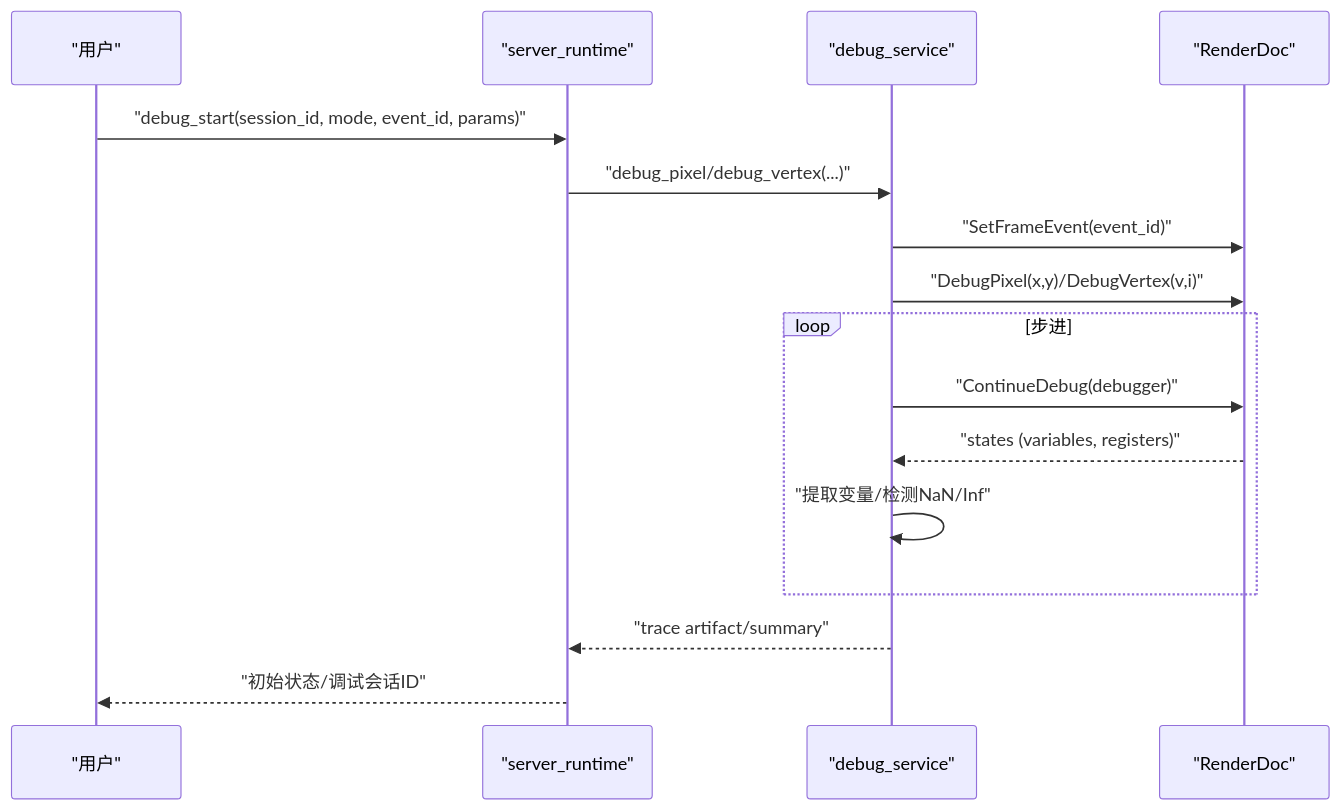
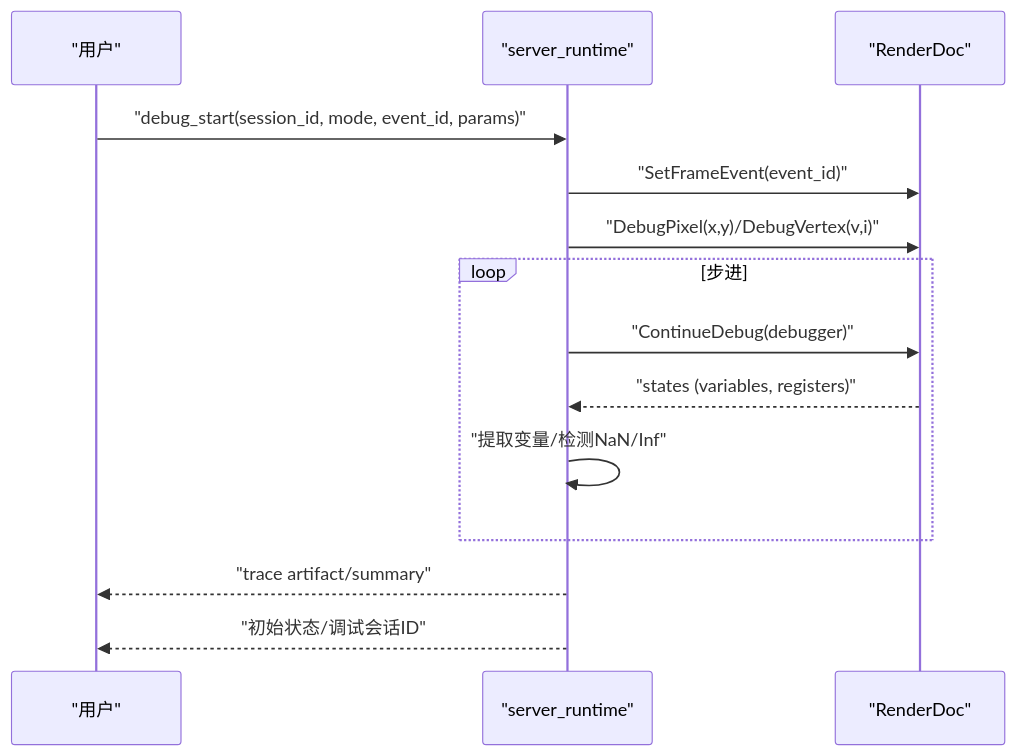
Before and after one commit to haolange/RDC-Tool: the sixth of 8 diagrams in .qoder/repowiki/zh/content/CLI参考手册/着色器调试命令.md, drawn with Mermaid. The commit also changed other lines of this file and 79 other files, not shown here.

````diff
--- a/.qoder/repowiki/zh/content/CLI参考手册/着色器调试命令.md
+++ b/.qoder/repowiki/zh/content/CLI参考手册/着色器调试命令.md
@@ -204,18 +209,16 @@
 ```mermaid
 sequenceDiagram
 participant U as "用户"
 participant SR as "server_runtime"
-participant DS as "debug_service"
 participant RD as "RenderDoc"
 U->>SR : "debug_start(session_id, mode, event_id, params)"
-SR->>DS : "debug_pixel/debug_vertex(...)"
-DS->>RD : "SetFrameEvent(event_id)"
-DS->>RD : "DebugPixel(x,y)/DebugVertex(v,i)"
+SR->>RD : "SetFrameEvent(event_id)"
+SR->>RD : "DebugPixel(x,y)/DebugVertex(v,i)"
 loop 步进
-DS->>RD : "ContinueDebug(debugger)"
-RD-->>DS : "states (variables, registers)"
-DS->>DS : "提取变量/检测NaN/Inf"
+SR->>RD : "ContinueDebug(debugger)"
+RD-->>SR : "states (variables, registers)"
+SR->>SR : "提取变量/检测NaN/Inf"
 end
-DS-->>SR : "trace artifact/summary"
+SR-->>U : "trace artifact/summary"
 SR-->>U : "初始状态/调试会话ID"
 ```
````
